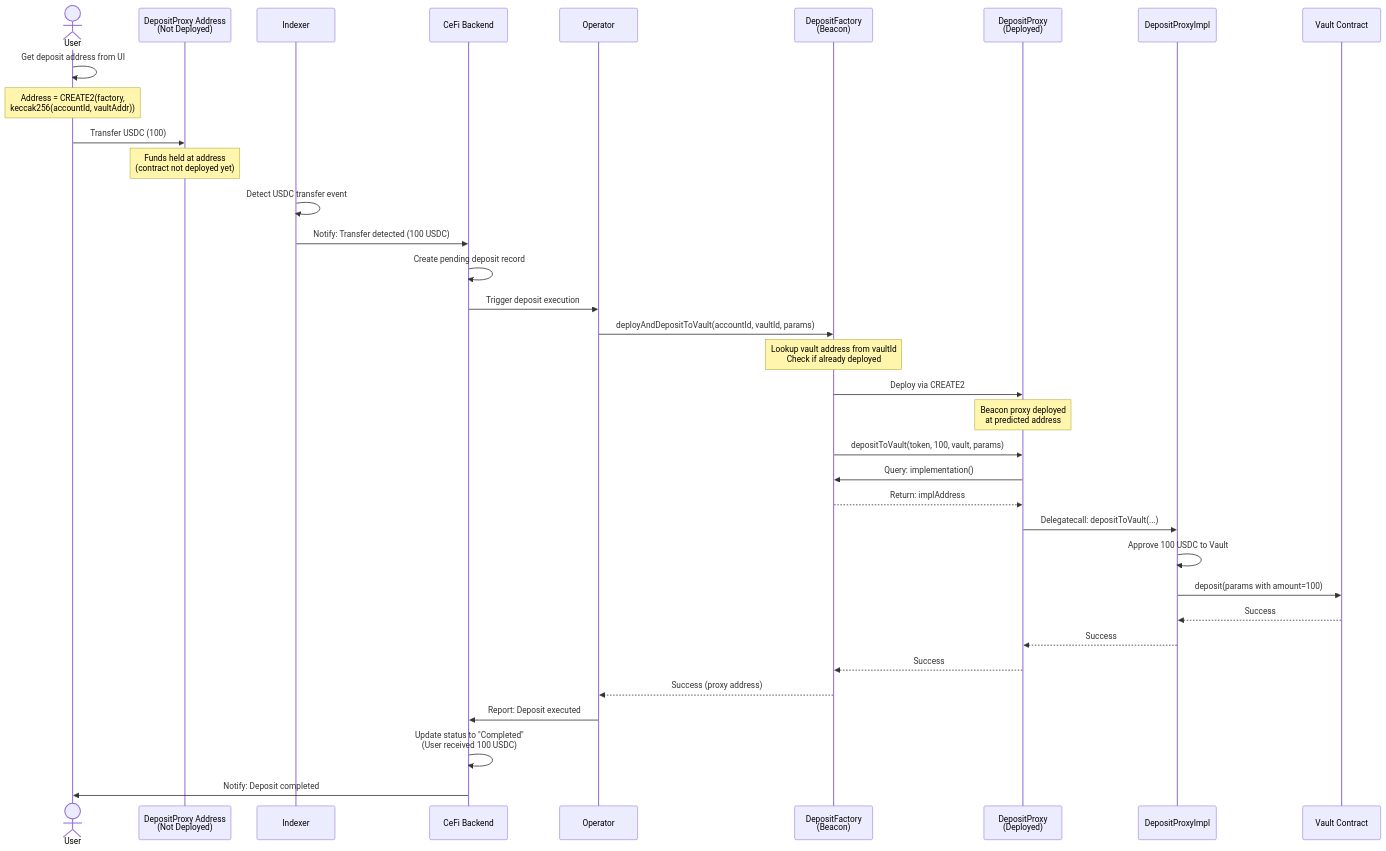
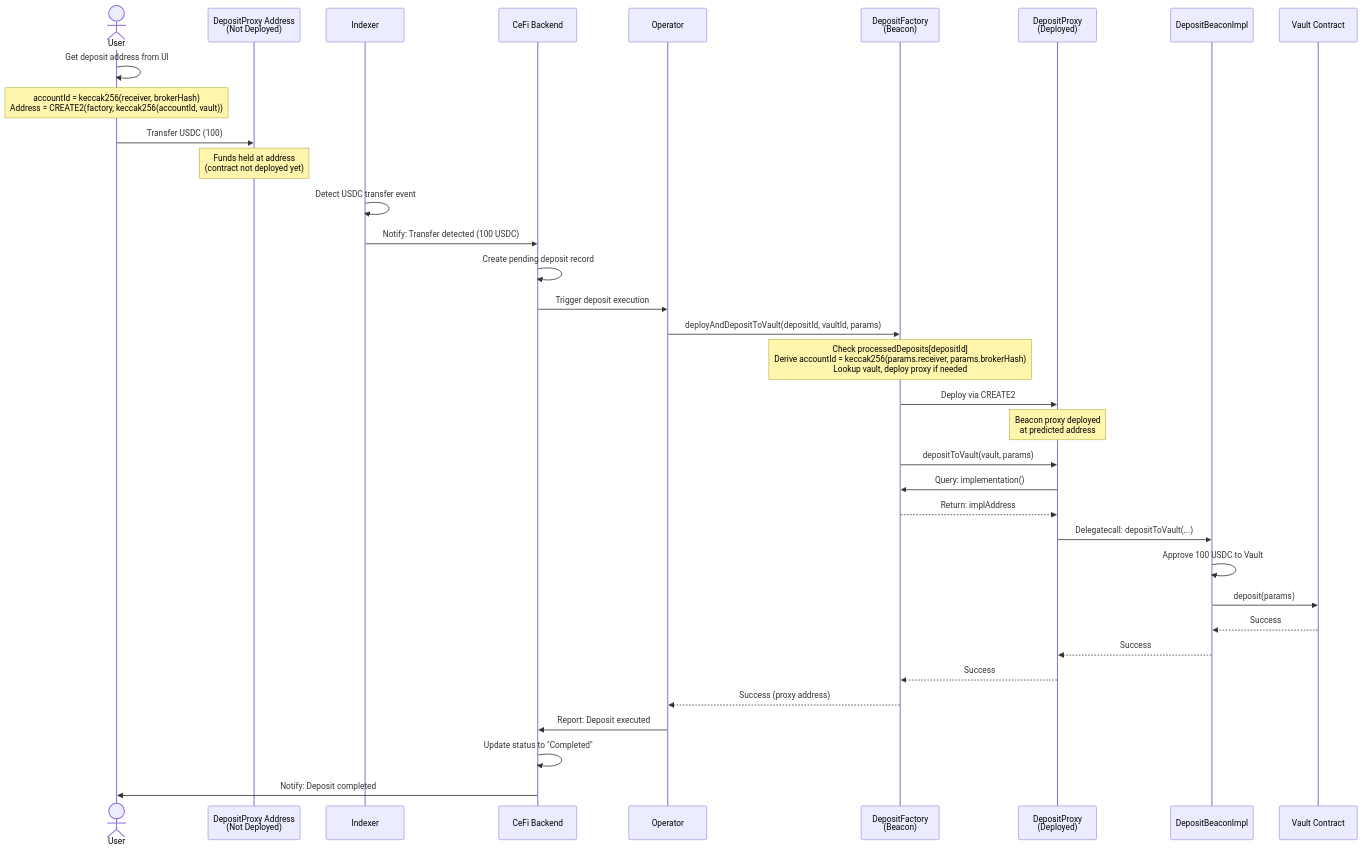
Before and after one commit to OrderlyNetwork/Strategy-Vault: the second of 5 diagrams in TecDesign/deposit-via-address-transfer.md, drawn with Mermaid. The commit also changed other lines of this file, not shown here.

````diff
--- a/TecDesign/deposit-via-address-transfer.md
+++ b/TecDesign/deposit-via-address-transfer.md
@@ -311,46 +123,46 @@
 ```mermaid
 sequenceDiagram
     actor User
     participant Address as DepositProxy Address<br/>(Not Deployed)
     participant Indexer
     participant CeFi as CeFi Backend
     participant Operator
     participant Factory as DepositFactory<br/>(Beacon)
     participant Proxy as DepositProxy<br/>(Deployed)
-    participant Impl as DepositProxyImpl
+    participant Impl as DepositBeaconImpl
     participant Vault as Vault Contract
 
     User->>User: Get deposit address from UI
-    Note over User: Address = CREATE2(factory,<br/>keccak256(accountId, vaultAddr))
+    Note over User: accountId = keccak256(receiver, brokerHash)<br/>Address = CREATE2(factory, keccak256(accountId, vault))
     
     User->>Address: Transfer USDC (100)
     Note over Address: Funds held at address<br/>(contract not deployed yet)
     
     Indexer->>Indexer: Detect USDC transfer event
     Indexer->>CeFi: Notify: Transfer detected (100 USDC)
     CeFi->>CeFi: Create pending deposit record
     
     CeFi->>Operator: Trigger deposit execution
     
-    Operator->>Factory: deployAndDepositToVault(accountId, vaultId, params)
-    Note over Factory: Lookup vault address from vaultId<br/>Check if already deployed
+    Operator->>Factory: deployAndDepositToVault(depositId, vaultId, params)
+    Note over Factory: Check processedDeposits[depositId]<br/>Derive accountId = keccak256(params.receiver, params.brokerHash)<br/>Lookup vault, deploy proxy if needed
     
     Factory->>Proxy: Deploy via CREATE2
     Note over Proxy: Beacon proxy deployed<br/>at predicted address
     
-    Factory->>Proxy: depositToVault(token, 100, vault, params)
+    Factory->>Proxy: depositToVault(vault, params)
     Proxy->>Factory: Query: implementation()
     Factory-->>Proxy: Return: implAddress
     Proxy->>Impl: Delegatecall: depositToVault(...)
     
     Impl->>Impl: Approve 100 USDC to Vault
-    Impl->>Vault: deposit(params with amount=100)
+    Impl->>Vault: deposit(params)
     Vault-->>Impl: Success
     Impl-->>Proxy: Success
     Proxy-->>Factory: Success
     Factory-->>Operator: Success (proxy address)
     
     Operator->>CeFi: Report: Deposit executed
-    CeFi->>CeFi: Update status to "Completed"<br/>(User received 100 USDC)
+    CeFi->>CeFi: Update status to "Completed"
     CeFi->>User: Notify: Deposit completed
 ```
````
